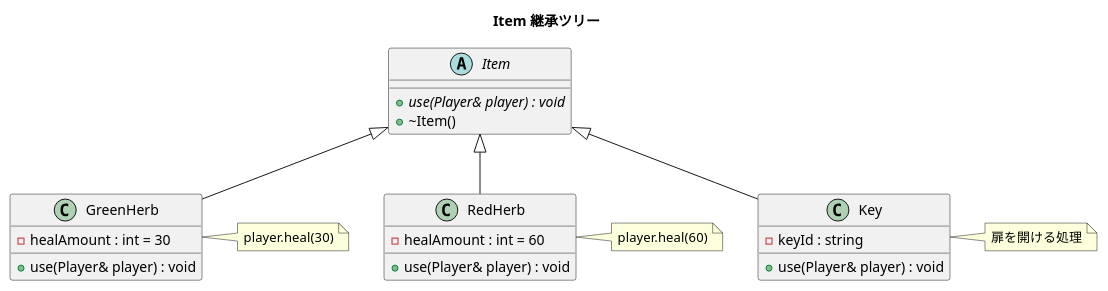
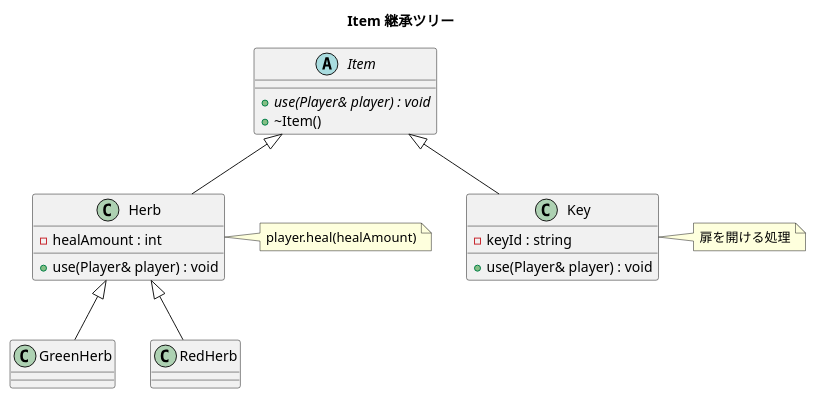
Before and after one commit to fuddt/Cplus: the sixth of 11 diagrams in Cplus/chapter-06-polymorphism.md, drawn with PlantUML. The commit also changed other lines of this file and 18 other files, not shown here.

````diff
--- a/Cplus/chapter-06-polymorphism.md
+++ b/Cplus/chapter-06-polymorphism.md
@@ -172,33 +185,31 @@
 ```plantuml
 @startuml
 title Item 継承ツリー
 
 abstract class Item {
     + {abstract} use(Player& player) : void
     + ~Item()
 }
 
-class GreenHerb {
-    - healAmount : int = 30
+class Herb {
+    - healAmount : int
     + use(Player& player) : void
 }
 
-class RedHerb {
-    - healAmount : int = 60
-    + use(Player& player) : void
-}
+class GreenHerb
+class RedHerb
 
 class Key {
     - keyId : string
     + use(Player& player) : void
 }
 
-Item <|-- GreenHerb
-Item <|-- RedHerb
+Item <|-- Herb
+Herb <|-- GreenHerb
+Herb <|-- RedHerb
 Item <|-- Key
 
-note right of GreenHerb : player.heal(30)
-note right of RedHerb   : player.heal(60)
+note right of Herb : player.heal(healAmount)
 note right of Key        : 扉を開ける処理
 @enduml
 ```
````
